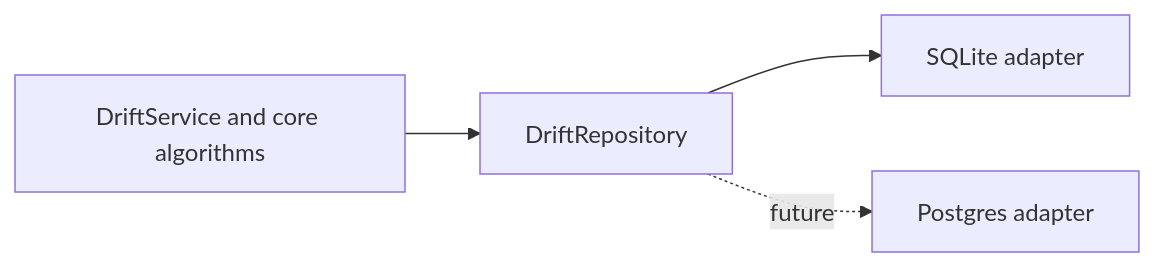
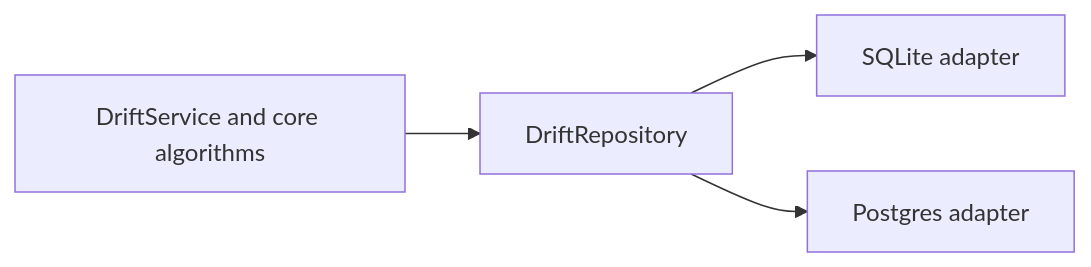
One commit to Grey-Harbor/drift changed the diagram in docs/explanation/adapters.md. Above: the diagram before and after it, drawn with Mermaid. The commit also changed other lines of this file and 8 other files, not shown here.

````diff
--- a/docs/explanation/adapters.md
+++ b/docs/explanation/adapters.md
@@ -7,6 +7,6 @@
 ```mermaid
 flowchart LR
   Core["DriftService and core algorithms"] --> Port["DriftRepository"]
   Port --> SQLite["SQLite adapter"]
-  Port -. "future" .-> Postgres["Postgres adapter"]
+  Port --> Postgres["Postgres adapter"]
 ```
````
